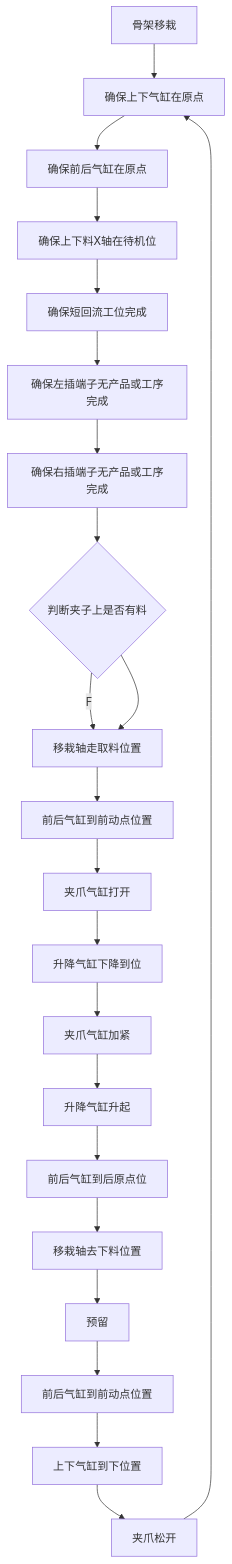
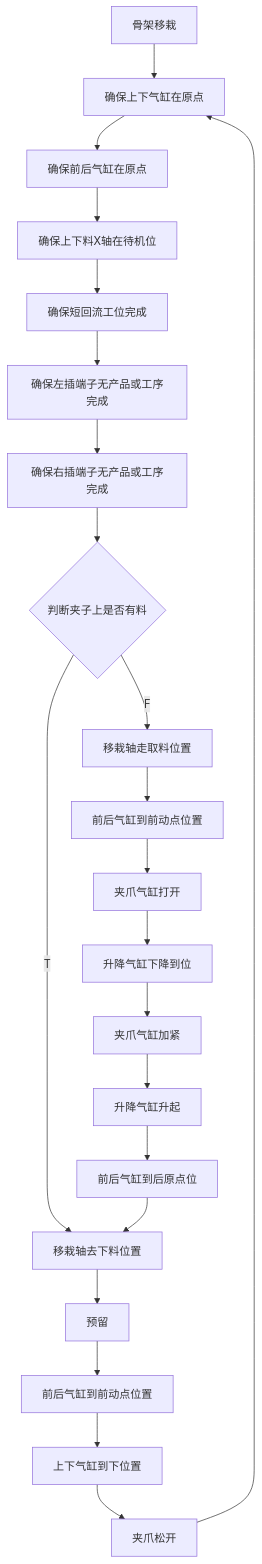
One commit to zmq000/iodraw-files changed the diagram in all/VR-OP90骨架移栽.md. Above: the diagram before and after it, drawn with Mermaid.

Commit message:
2026-06-18 10:47:50 update

````diff
--- a/all/VR-OP90骨架移栽.md
+++ b/all/VR-OP90骨架移栽.md
@@ -1,33 +1,33 @@
 ```mermaid
 graph TD
    0[骨架移栽]-->10
    10[确保上下气缸在原点]-->20
    20[确保前后气缸在原点]-->30
    30[确保上下料X轴在待机位]-->40
    40[确保短回流工位完成]-->50
    50[确保左插端子无产品或工序完成]-->60
    60[确保右插端子无产品或工序完成]-->70
    70{判断夹子上是否有料}-->|F|80
-   70-->
+   70-->|T|150
    80[移栽轴走取料位置]-->90
    90[前后气缸到前动点位置]-->100
    100[夹爪气缸打开]-->110
    110[升降气缸下降到位]-->120
    120[夹爪气缸加紧]-->130
    130[升降气缸升起]-->140
    140[前后气缸到后原点位]-->150
    150[移栽轴去下料位置]-->160
    160[预留]-->170
    170[前后气缸到前动点位置]-->180
    180[上下气缸到下位置]-->190
    190[夹爪松开]-->10
 
 
 
 
 
 
 
 
   
 ```
````
